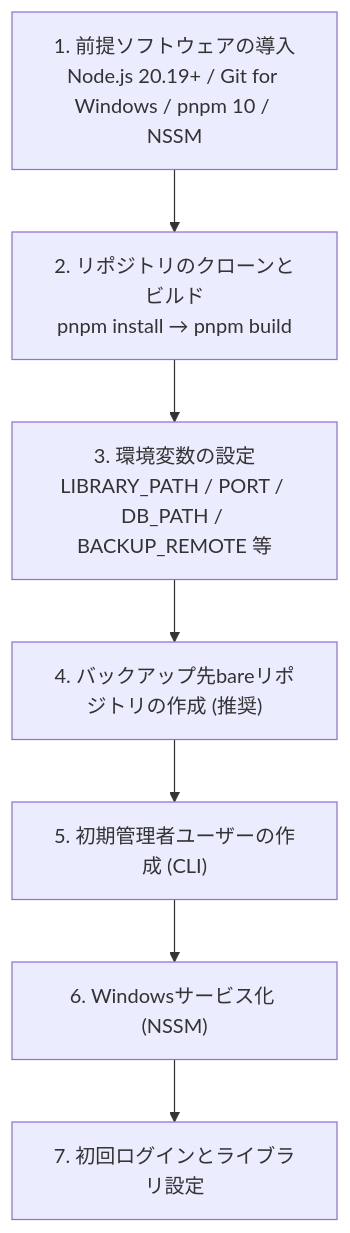
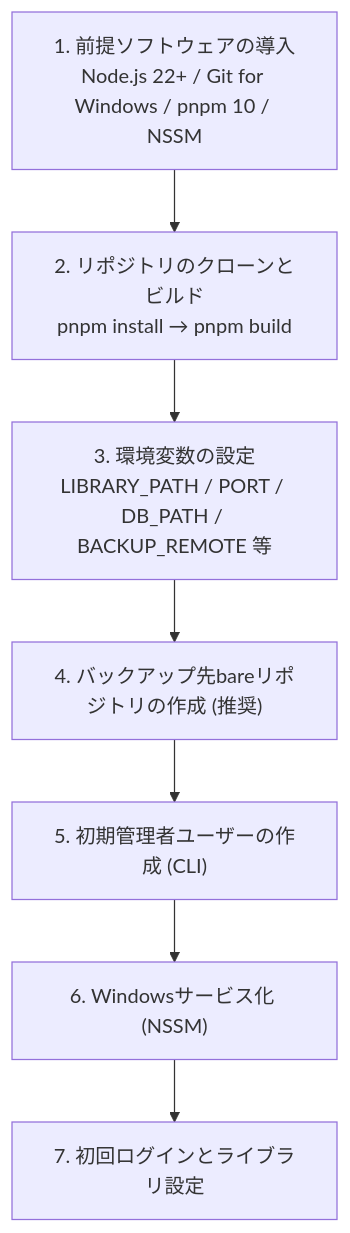
The diagram in docs/マニュアル/06_セットアップ.md (kuninet/tsumiwiki), drawn with Mermaid before and after one commit. The commit also changed other lines of this file and 8 other files, not shown here.

````diff
--- a/docs/マニュアル/06_セットアップ.md
+++ b/docs/マニュアル/06_セットアップ.md
@@ -7,11 +7,11 @@
 ```mermaid
 flowchart TB
-  S1["1. 前提ソフトウェアの導入<br/>Node.js 20.19+ / Git for Windows / pnpm 10 / NSSM"]
+  S1["1. 前提ソフトウェアの導入<br/>Node.js 22+ / Git for Windows / pnpm 10 / NSSM"]
   S2["2. リポジトリのクローンとビルド<br/>pnpm install → pnpm build"]
   S3["3. 環境変数の設定<br/>LIBRARY_PATH / PORT / DB_PATH / BACKUP_REMOTE 等"]
   S4["4. バックアップ先bareリポジトリの作成 (推奨)"]
   S5["5. 初期管理者ユーザーの作成 (CLI)"]
   S6["6. Windowsサービス化 (NSSM)"]
   S7["7. 初回ログインとライブラリ設定"]
   S1 --> S2 --> S3 --> S4 --> S5 --> S6 --> S7
 ```
````
